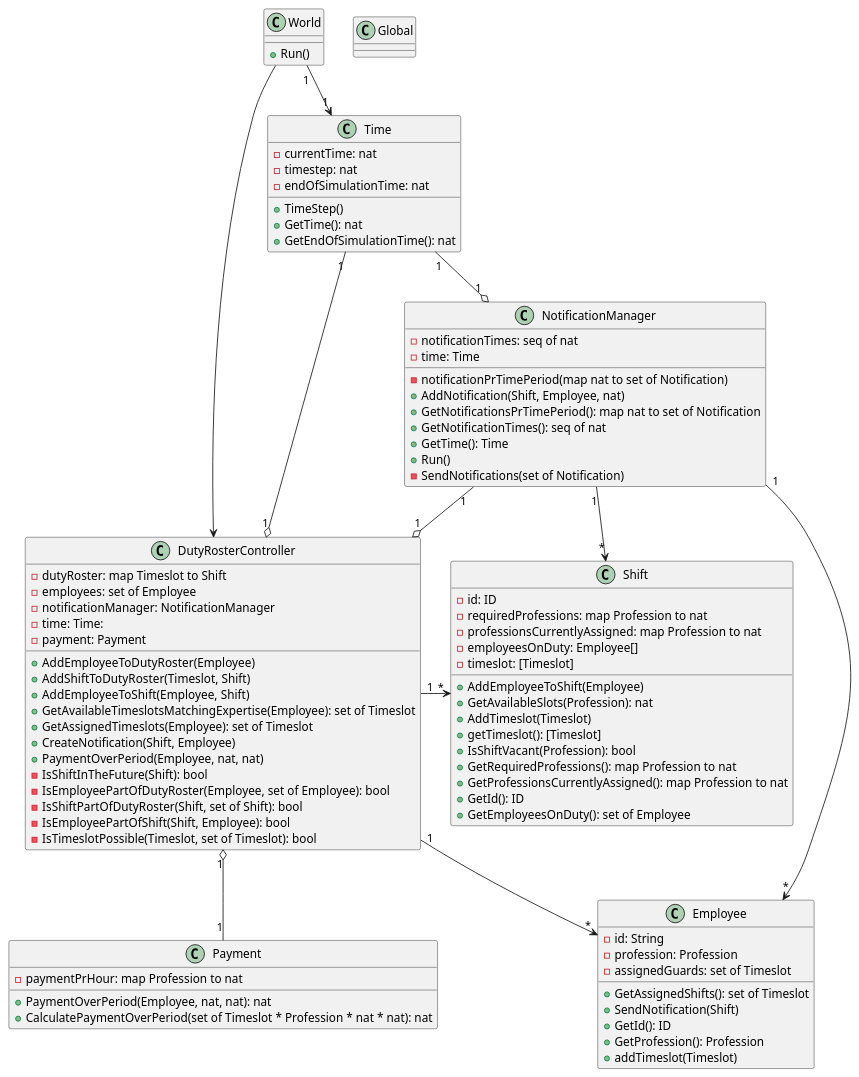
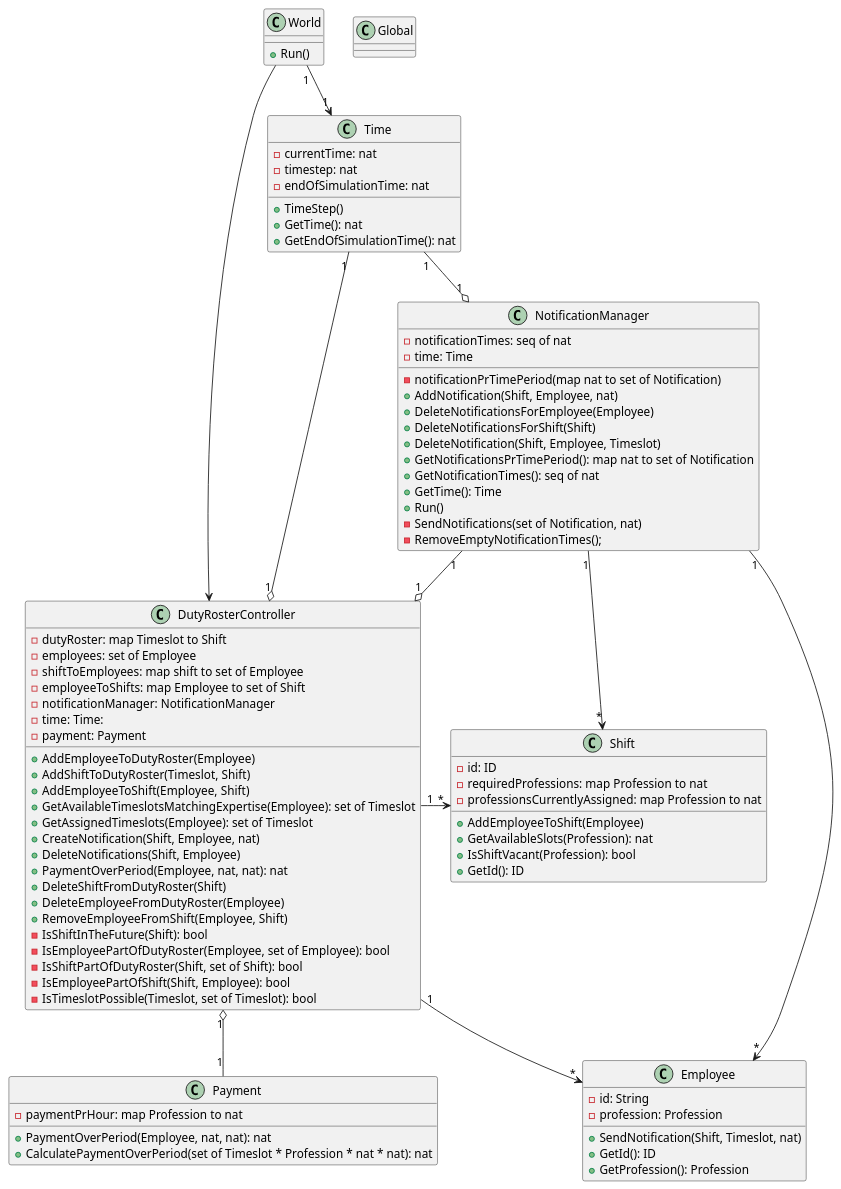
The diagram in DutyRoster.wsd (MartinJespersen/MCSminiproject), drawn with PlantUML before and after one commit. The commit also changed 11 other files, not shown here.

```diff
--- a/DutyRoster.wsd
+++ b/DutyRoster.wsd
@@ -1,100 +1,100 @@
 @startuml
 'skinparam classAttributeIconSize 0
 
 class Time{
     -currentTime: nat
     -timestep: nat
     -endOfSimulationTime: nat
     +TimeStep()
     +GetTime(): nat
     +GetEndOfSimulationTime(): nat
 }
 
 class World{
     +Run()
 }
 
 class Global{
 
 }
 class DutyRosterController{
     -dutyRoster: map Timeslot to Shift
     -employees: set of Employee
+    -shiftToEmployees: map shift to set of Employee
+    -employeeToShifts: map Employee to set of Shift
     -notificationManager: NotificationManager
     -time: Time:
     -payment: Payment
     +AddEmployeeToDutyRoster(Employee)
     +AddShiftToDutyRoster(Timeslot, Shift)
     +AddEmployeeToShift(Employee, Shift)
     +GetAvailableTimeslotsMatchingExpertise(Employee): set of Timeslot
     +GetAssignedTimeslots(Employee): set of Timeslot
-    +CreateNotification(Shift, Employee)
-    +PaymentOverPeriod(Employee, nat, nat)
+    +CreateNotification(Shift, Employee, nat)
+    +DeleteNotifications(Shift, Employee)
+    +PaymentOverPeriod(Employee, nat, nat): nat
+    +DeleteShiftFromDutyRoster(Shift)
+    +DeleteEmployeeFromDutyRoster(Employee)
+    +RemoveEmployeeFromShift(Employee, Shift)
     -IsShiftInTheFuture(Shift): bool
     -IsEmployeePartOfDutyRoster(Employee, set of Employee): bool
     -IsShiftPartOfDutyRoster(Shift, set of Shift): bool
     -IsEmployeePartOfShift(Shift, Employee): bool
     -IsTimeslotPossible(Timeslot, set of Timeslot): bool
 }
 
 class Employee{
     -id: String
     -profession: Profession
-    -assignedGuards: set of Timeslot 
-    +GetAssignedShifts(): set of Timeslot
-    +SendNotification(Shift)
+    +SendNotification(Shift, Timeslot, nat)
     +GetId(): ID
-    +GetProfession(): Profession
-    +addTimeslot(Timeslot)    
+    +GetProfession(): Profession   
 }
 
 class Shift{
     -id: ID
     -requiredProfessions: map Profession to nat
     -professionsCurrentlyAssigned: map Profession to nat
-    -employeesOnDuty: Employee[]
-    -timeslot: [Timeslot]
     +AddEmployeeToShift(Employee)
     +GetAvailableSlots(Profession): nat
-    +AddTimeslot(Timeslot)
-    +getTimeslot(): [Timeslot]
     +IsShiftVacant(Profession): bool
-    +GetRequiredProfessions(): map Profession to nat
-    +GetProfessionsCurrentlyAssigned(): map Profession to nat
     +GetId(): ID
-    +GetEmployeesOnDuty(): set of Employee
 }
 
 class Payment{
     -paymentPrHour: map Profession to nat
     +PaymentOverPeriod(Employee, nat, nat): nat
     +CalculatePaymentOverPeriod(set of Timeslot * Profession * nat * nat): nat
 }
 
 class NotificationManager{
     -notificationTimes: seq of nat
     -notificationPrTimePeriod(map nat to set of Notification)
     -time: Time
     +AddNotification(Shift, Employee, nat)
+    +DeleteNotificationsForEmployee(Employee)
+    +DeleteNotificationsForShift(Shift)
+    +DeleteNotification(Shift, Employee, Timeslot)
     +GetNotificationsPrTimePeriod(): map nat to set of Notification
     +GetNotificationTimes(): seq of nat
     +GetTime(): Time
     +Run()
-    -SendNotifications(set of Notification)
+    -SendNotifications(set of Notification, nat)
+    -RemoveEmptyNotificationTimes();
 }
 
 
 Shift "*" <-left- "1" DutyRosterController
 Time "1" --o "1" DutyRosterController
 Payment "1" -up-o "1" DutyRosterController
 Employee "*" <-up- "1" DutyRosterController
 NotificationManager "1" --o "1" DutyRosterController
 
 Time "1" <-up- "1" World
 DutyRosterController <-up- World
 
 Time "1" --o "1" NotificationManager
 Employee "*" <-- "1" NotificationManager
 Shift "*" <-up- "1" NotificationManager
 
 @enduml
```
